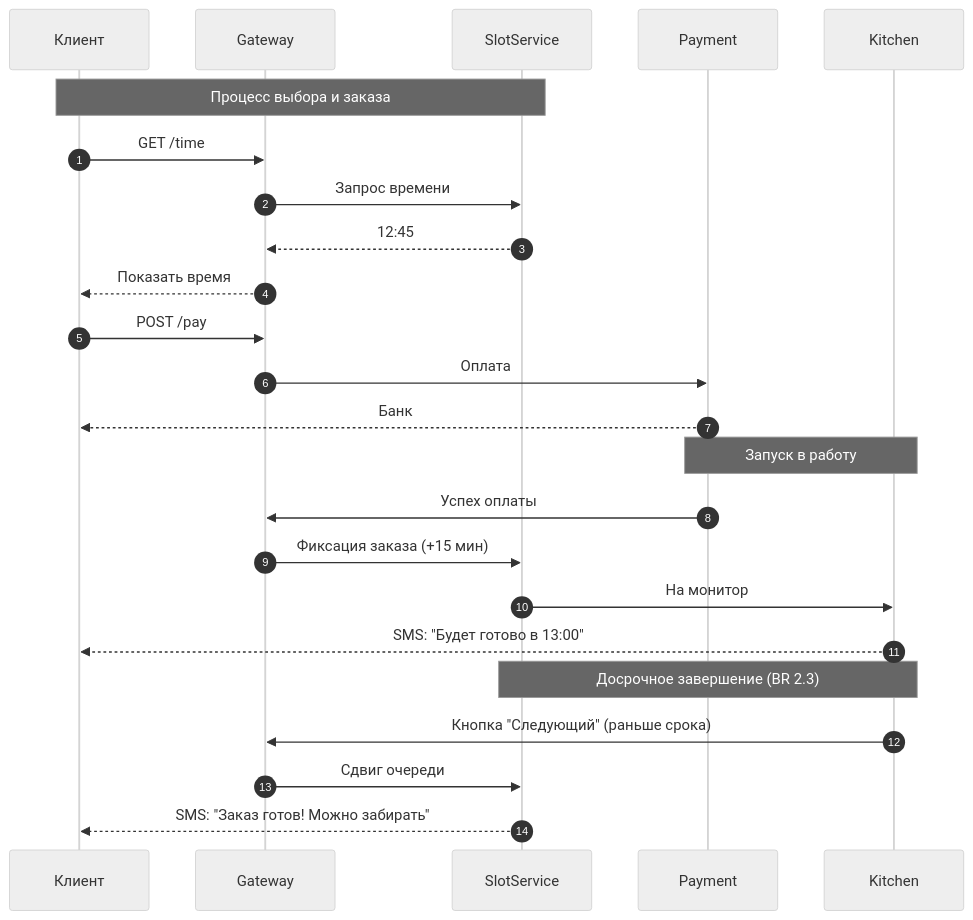
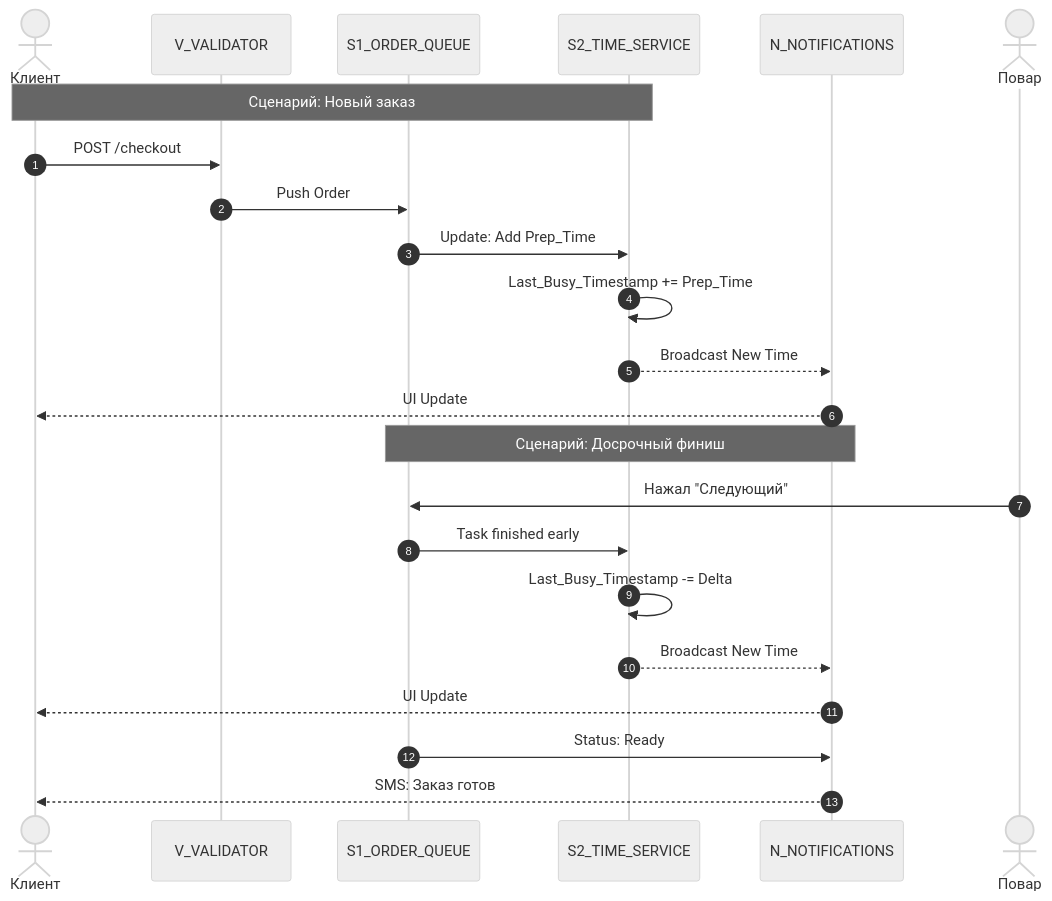
The second of 3 diagrams in docs/EPIC_01_Ordering.md (WGexe/KitchenSync), drawn with Mermaid (neutral theme) before and after one commit. The commit also changed other lines of this file, not shown here.

````diff
--- a/docs/EPIC_01_Ordering.md
+++ b/docs/EPIC_01_Ordering.md
@@ -106,30 +112,29 @@
 ```mermaid
 sequenceDiagram
     autonumber
-    participant C as Клиент
-    participant G as Gateway
-    participant S as SlotService
-    participant P as Payment
-    participant K as Kitchen
+    actor C as Клиент
+    participant V as V_VALIDATOR
+    participant S1 as S1_ORDER_QUEUE
+    participant S2 as S2_TIME_SERVICE
+    participant N as N_NOTIFICATIONS
 
-    Note over C, S: Процесс выбора и заказа
-    C->>G: GET /time
-    G->>S: Запрос времени
-    S-->>G: 12:45
-    G-->>C: Показать время
+    Note over C, S2: Сценарий: Новый заказ
+    C->>V: POST /checkout
+    V->>S1: Push Order
+    S1->>S2: Update: Add Prep_Time
+    S2->>S2: Last_Busy_Timestamp += Prep_Time
+    S2-->>N: Broadcast New Time
+    N-->>C: UI Update
 
-    C->>G: POST /pay
-    G->>P: Оплата
-    P-->>C: Банк
+    Note over S1, N: Сценарий: Досрочный финиш
+    actor Chef as Повар
+    Chef->>S1: Нажал "Следующий"
+    S1->>S2: Task finished early
+    S2->>S2: Last_Busy_Timestamp -= Delta
+    S2-->>N: Broadcast New Time
+    N-->>C: UI Update
+    S1->>N: Status: Ready
+    N-->>C: SMS: Заказ готов
 
-    Note over P, K: Запуск в работу
-    P->>G: Успех оплаты
-    G->>S: Фиксация заказа (+15 мин)
-    S->>K: На монитор
-    K-->>C: SMS: "Будет готово в 13:00"
 
-    Note over K, S: Досрочное завершение (BR 2.3)
-    K->>G: Кнопка "Следующий" (раньше срока)
-    G->>S: Сдвиг очереди
-    S-->>C: SMS: "Заказ готов! Можно забирать"
 ```
````
